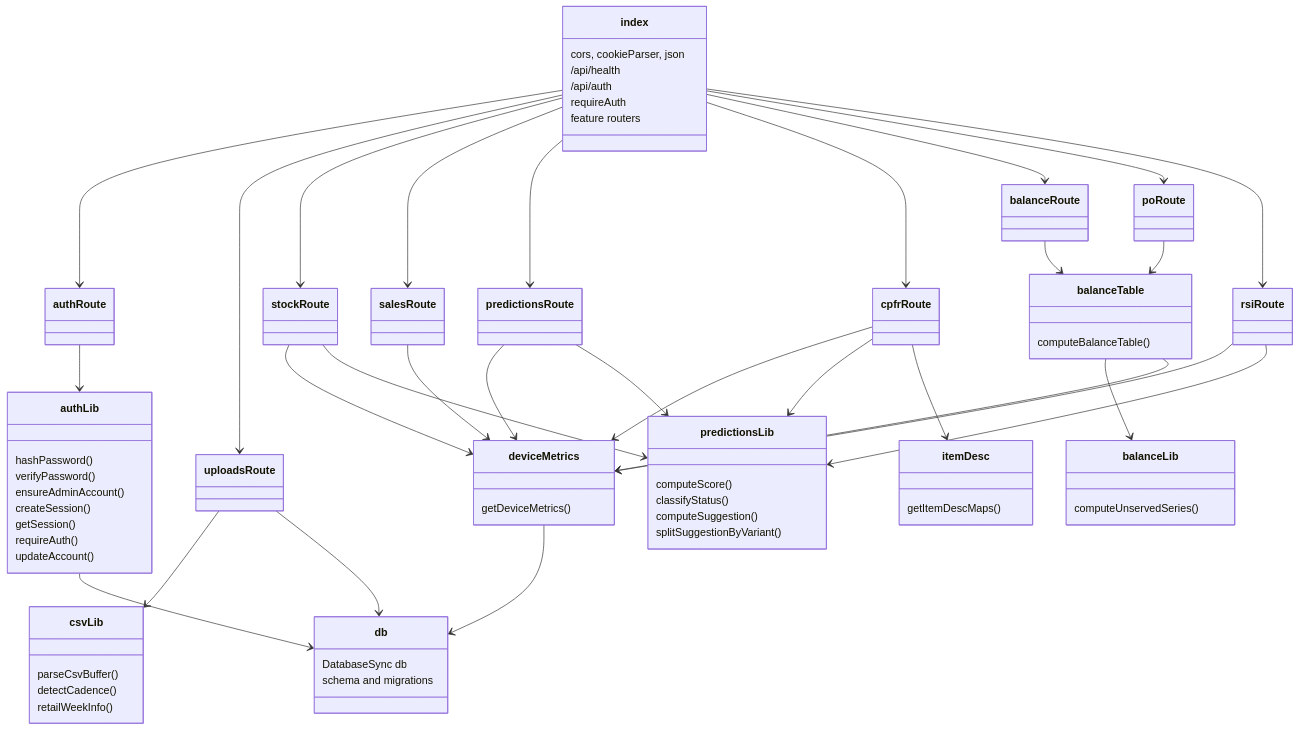
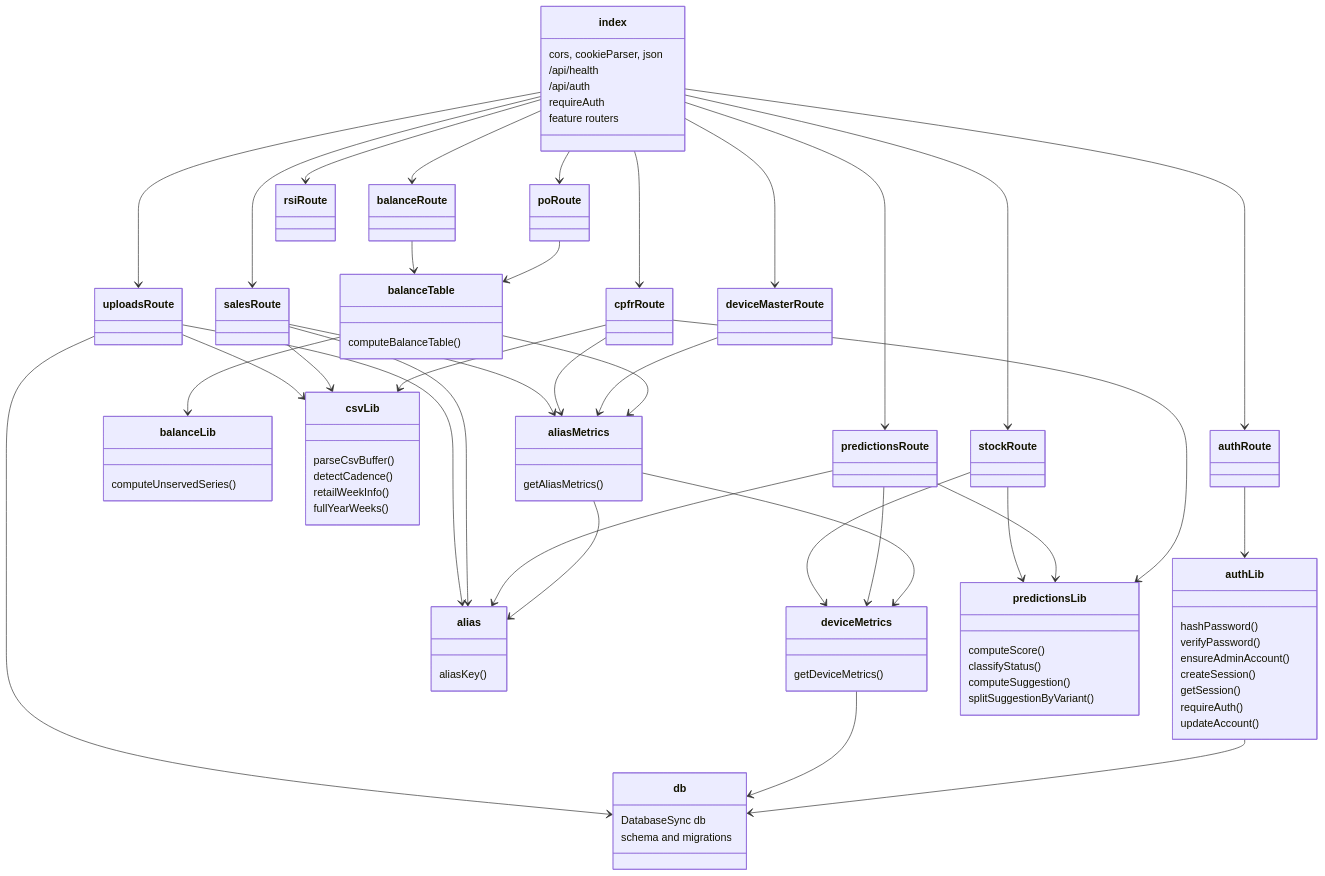
The third of 9 diagrams in docs/ARCHITECTURE.md (phonevilleofficial2025/stock-predictor), drawn with Mermaid before and after one commit. The commit also changed other lines of this file and 4 other files, not shown here.

First line of the commit message:
Update docs to match the alias-based CPFR spreadsheet revision

````diff
--- a/docs/ARCHITECTURE.md
+++ b/docs/ARCHITECTURE.md
@@ -51,8 +51,14 @@
     requireAuth()
     updateAccount()
   }
+  class alias {
+    aliasKey()
+  }
   class deviceMetrics {
     getDeviceMetrics()
+  }
+  class aliasMetrics {
+    getAliasMetrics()
   }
   class predictionsLib {
     computeScore()
@@ -70,9 +76,7 @@
     parseCsvBuffer()
     detectCadence()
     retailWeekInfo()
-  }
-  class itemDesc {
-    getItemDescMaps()
+    fullYearWeeks()
   }
   class uploadsRoute
   class stockRoute
@@ -82,6 +86,7 @@
   class balanceRoute
   class poRoute
   class rsiRoute
+  class deviceMasterRoute
   class authRoute
 
   index --> authRoute
@@ -93,23 +98,29 @@
   index --> balanceRoute
   index --> poRoute
   index --> rsiRoute
+  index --> deviceMasterRoute
   authRoute --> authLib
   uploadsRoute --> csvLib
+  uploadsRoute --> alias
   uploadsRoute --> db
   stockRoute --> deviceMetrics
   stockRoute --> predictionsLib
-  salesRoute --> deviceMetrics
+  salesRoute --> alias
+  salesRoute --> aliasMetrics
+  salesRoute --> csvLib
   predictionsRoute --> deviceMetrics
+  predictionsRoute --> alias
   predictionsRoute --> predictionsLib
-  cpfrRoute --> deviceMetrics
+  cpfrRoute --> aliasMetrics
   cpfrRoute --> predictionsLib
-  cpfrRoute --> itemDesc
+  cpfrRoute --> csvLib
   balanceRoute --> balanceTable
   poRoute --> balanceTable
+  deviceMasterRoute --> aliasMetrics
   balanceTable --> balanceLib
-  balanceTable --> deviceMetrics
-  rsiRoute --> deviceMetrics
-  rsiRoute --> predictionsLib
+  balanceTable --> aliasMetrics
+  aliasMetrics --> deviceMetrics
+  aliasMetrics --> alias
   deviceMetrics --> db
   authLib --> db
 ```
````
